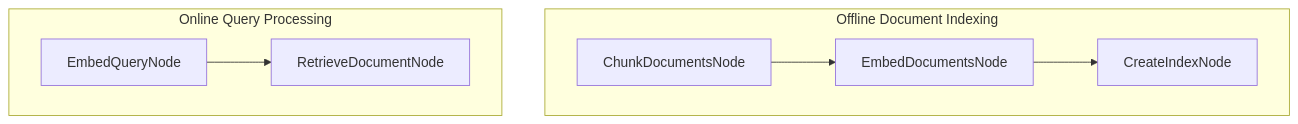
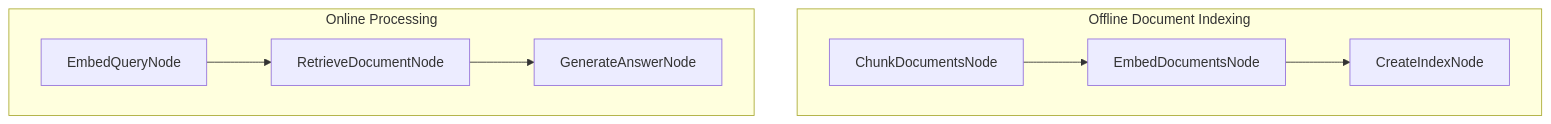
The diagram in cookbook/pocketflow-rag/README.md (yuwei2010/PocketFlow), drawn with Mermaid before and after one commit. The commit also changed other lines of this file and 4 other files, not shown here.

````diff
--- a/cookbook/pocketflow-rag/README.md
+++ b/cookbook/pocketflow-rag/README.md
@@ -58,11 +29,10 @@
 ```mermaid
 graph TD
     subgraph OfflineFlow[Offline Document Indexing]
-        ChunkDocs[ChunkDocumentsNode] --> EmbedDocs[EmbedDocumentsNode]
-        EmbedDocs[EmbedDocumentsNode] --> CreateIndex[CreateIndexNode]
+        ChunkDocs[ChunkDocumentsNode] --> EmbedDocs[EmbedDocumentsNode] --> CreateIndex[CreateIndexNode]
     end
     
-    subgraph OnlineFlow[Online Query Processing]
-        EmbedQuery[EmbedQueryNode] --> RetrieveDoc[RetrieveDocumentNode]
+    subgraph OnlineFlow[Online Processing]
+        EmbedQuery[EmbedQueryNode] --> RetrieveDoc[RetrieveDocumentNode] --> GenerateAnswer[GenerateAnswerNode]
     end
 ```
````
